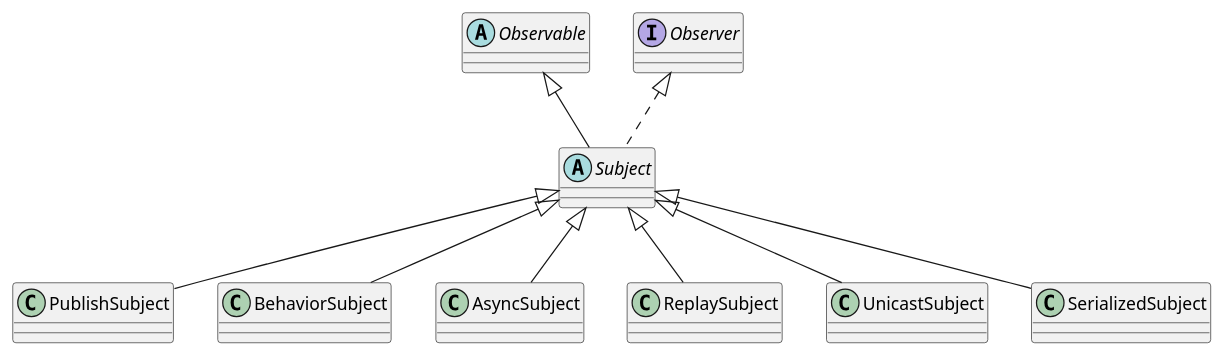
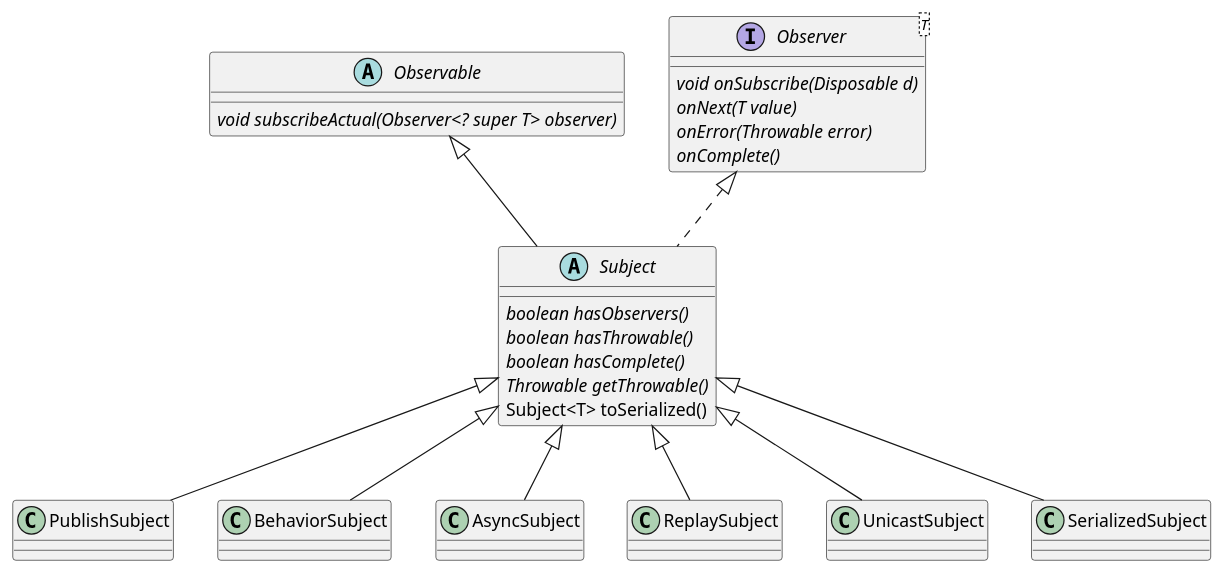
One commit to suribada/RxJavaBook changed the diagram in doc/Subject.puml. Above: the diagram before and after it, drawn with PlantUML. The commit also changed 11 other files, not shown here.

```diff
--- a/doc/Subject.puml
+++ b/doc/Subject.puml
@@ -1,22 +1,35 @@
 @startuml
 
-abstract class Observable
-interface Observer
-abstract class Subject
+abstract class Observable {
+{abstract} void subscribeActual(Observer<? super T> observer)
+}
+interface Observer<T> {
+    {abstract} void onSubscribe(Disposable d)
+    {abstract} onNext(T value)
+    {abstract} onError(Throwable error)
+    {abstract} onComplete()
+}
+abstract class Subject {
+{abstract} boolean hasObservers()
+{abstract} boolean hasThrowable()
+{abstract} boolean hasComplete()
+{abstract} Throwable getThrowable()
+Subject<T> toSerialized()
+}
 class PublishSubject
 class BehaviorSubject
 class AsyncSubject
 class ReplaySubject
 class UnicastSubject
 class SerializedSubject
 
 Observable <|-- Subject
 Observer <|.. Subject
 Subject <|-- PublishSubject
 Subject <|-- BehaviorSubject
+Subject <|-- ReplaySubject
 Subject <|-- AsyncSubject
-Subject <|-- ReplaySubject
 Subject <|-- UnicastSubject
 Subject <|-- SerializedSubject
 
 @enduml
```
